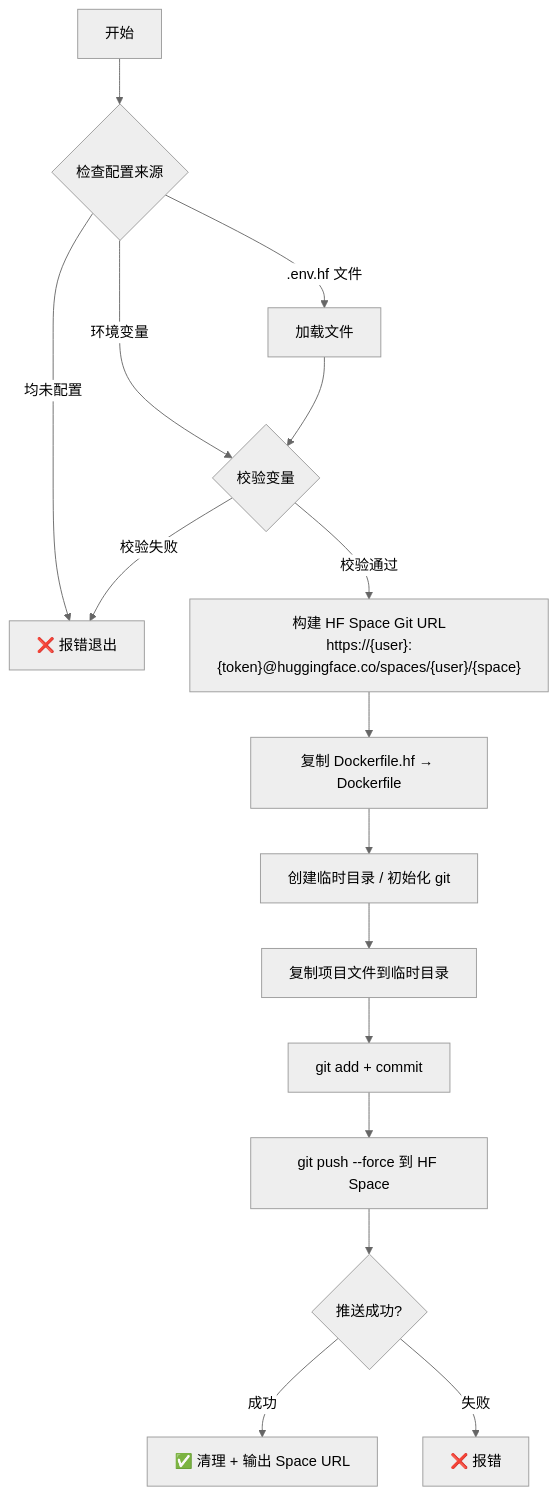
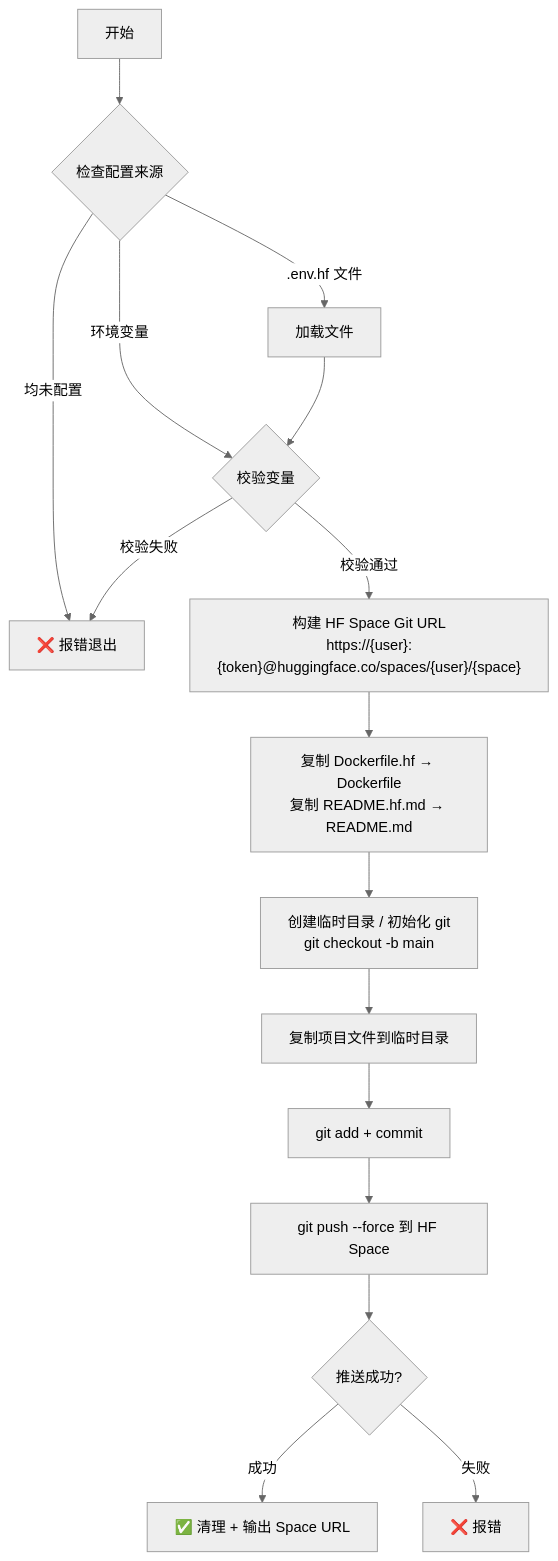
Before and after one commit to shadaileng/tarot-poster-service: the diagram in docs/hf-space-deploy.md, drawn with Mermaid (neutral theme). The commit also changed other lines of this file, not shown here.

````diff
--- a/docs/hf-space-deploy.md
+++ b/docs/hf-space-deploy.md
@@ -11,17 +11,17 @@
 ```mermaid
 flowchart TD
     A[开始] --> B{检查配置来源}
     B -->|环境变量| D{校验变量}
     B -->|.env.hf 文件| C[加载文件] --> D
     B -->|均未配置| E["❌ 报错退出"]
     D -->|校验失败| E
     D -->|校验通过| F["构建 HF Space Git URL<br/>https://{user}:{token}@huggingface.co/spaces/{user}/{space}"]
-    F --> G["复制 Dockerfile.hf → Dockerfile"]
-    G --> H["创建临时目录 / 初始化 git"]
+    F --> G["复制 Dockerfile.hf → Dockerfile<br/>复制 README.hf.md → README.md"]
+    G --> H["创建临时目录 / 初始化 git<br/>git checkout -b main"]
     H --> I["复制项目文件到临时目录"]
     I --> J["git add + commit"]
     J --> K["git push --force 到 HF Space"]
     K --> L{推送成功?}
     L -->|成功| M["✅ 清理 + 输出 Space URL"]
     L -->|失败| N["❌ 报错"]
 ```
````
